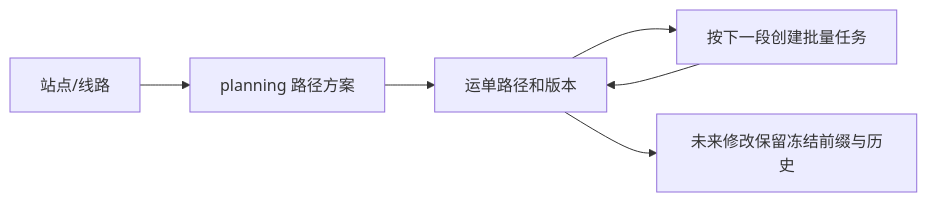
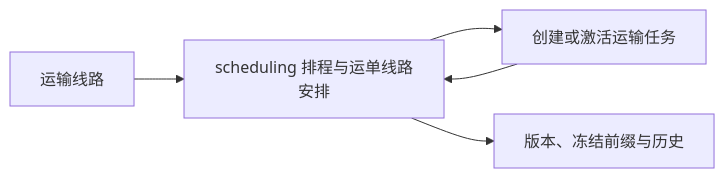
Before and after one commit to NikFranki/jingpo-logistics-system: the diagram in be/README.md, drawn with Mermaid. The commit also changed other lines of this file and 21 other files, not shown here.

````diff
--- a/be/README.md
+++ b/be/README.md
@@ -57,8 +57,7 @@
 ```mermaid
 flowchart LR
-    N[站点/线路] --> P[planning 路径方案]
-    P --> S[运单路径和版本]
-    S --> T[按下一段创建批量任务]
+    N[运输线路] --> S[scheduling 排程与运单线路安排]
+    S --> T[创建或激活运输任务]
     T --> S
-    S --> H[未来修改保留冻结前缀与历史]
+    S --> H[版本、冻结前缀与历史]
 ```
````
